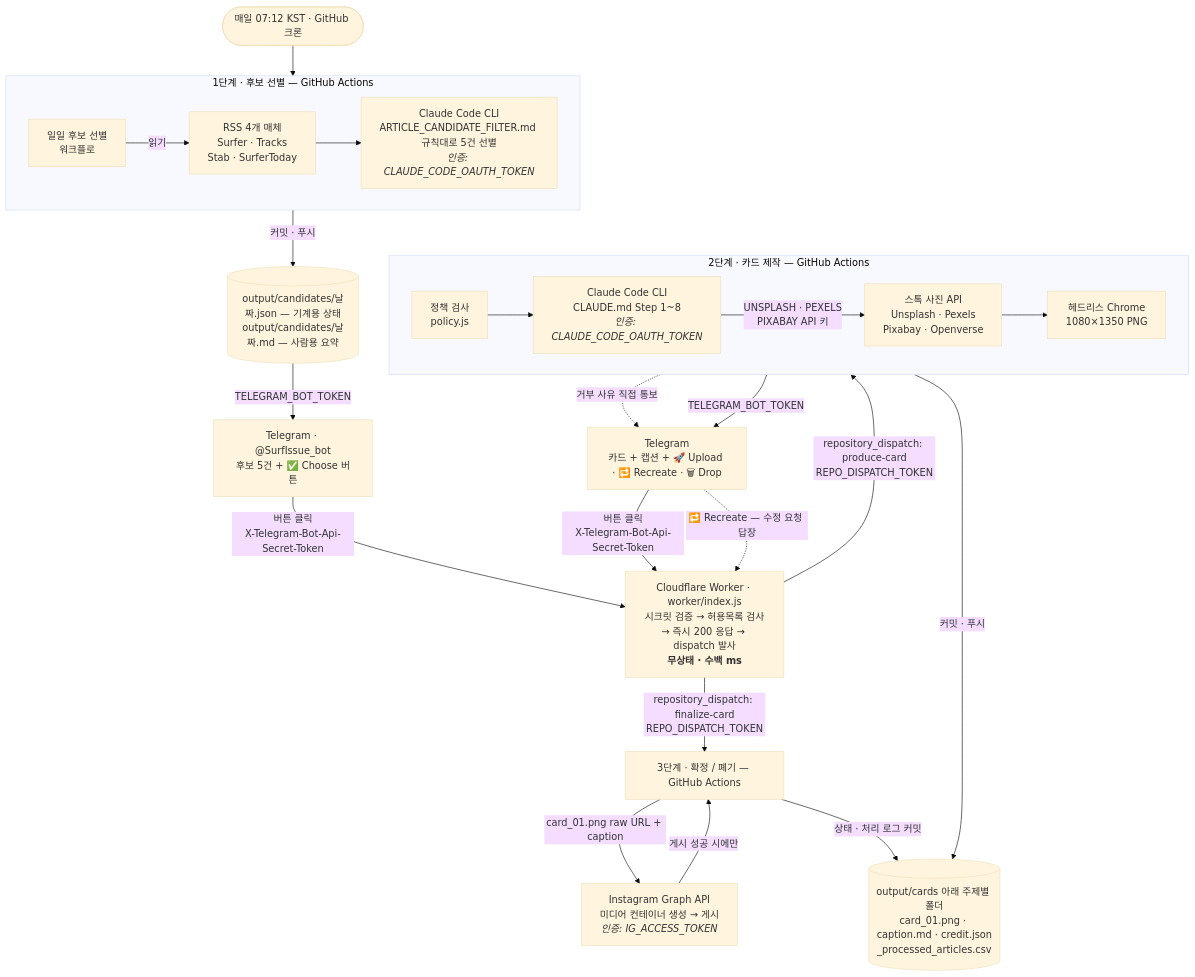
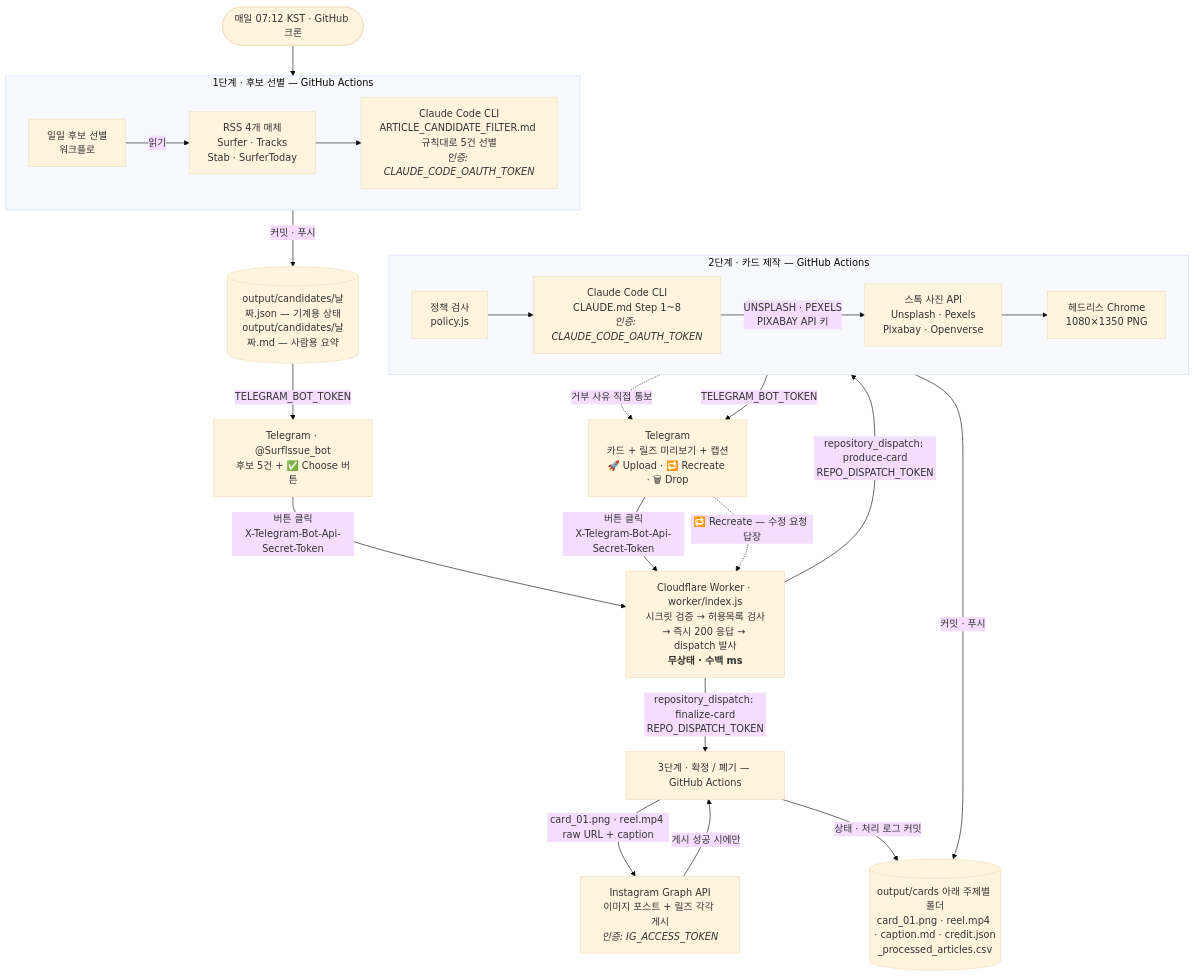
One commit to myoungah-kim/cardnews-surfing-magazine changed the first of 5 diagrams in ARCHITECTURE.md. Above: the diagram before and after it, drawn with Mermaid (base theme). The commit also changed other lines of this file and 14 other files, not shown here.

First line of the commit message:
feat: Upload 시 이미지 포스트와 15초 릴즈를 함께 게시

````diff
--- a/ARCHITECTURE.md
+++ b/ARCHITECTURE.md
@@ -13,52 +13,52 @@
 ```mermaid
 flowchart TB
     CRON(["매일 07:12 KST · GitHub 크론"])
 
     subgraph S1["1단계 · 후보 선별 — GitHub Actions"]
         direction LR
         SEL["일일 후보 선별<br/>워크플로"]
         RSS["RSS 4개 매체<br/>Surfer · Tracks<br/>Stab · SurferToday"]
         CC1["Claude Code CLI<br/>ARTICLE_CANDIDATE_FILTER.md 규칙대로 5건 선별<br/><i>인증: CLAUDE_CODE_OAUTH_TOKEN</i>"]
         SEL -->|"읽기"| RSS
         RSS --> CC1
     end
 
     STATE[("output/candidates/날짜.json — 기계용 상태<br/>output/candidates/날짜.md — 사람용 요약")]
 
     TG1["Telegram · @SurfIssue_bot<br/>후보 5건 + ✅ Choose 버튼"]
 
     WK["Cloudflare Worker · worker/index.js<br/>시크릿 검증 → 허용목록 검사<br/>→ 즉시 200 응답 → dispatch 발사<br/><b>무상태 · 수백 ms</b>"]
 
     subgraph S2["2단계 · 카드 제작 — GitHub Actions"]
         direction LR
         PREP["정책 검사<br/>policy.js"]
         CC2["Claude Code CLI<br/>CLAUDE.md Step 1~8<br/><i>인증: CLAUDE_CODE_OAUTH_TOKEN</i>"]
         STOCK["스톡 사진 API<br/>Unsplash · Pexels<br/>Pixabay · Openverse"]
         CHR["헤드리스 Chrome<br/>1080×1350 PNG"]
         PREP --> CC2
         CC2 -->|"UNSPLASH · PEXELS<br/>PIXABAY API 키"| STOCK
         STOCK --> CHR
     end
 
-    TG2["Telegram<br/>카드 + 캡션 + 🚀 Upload · 🔁 Recreate · 🗑 Drop"]
+    TG2["Telegram<br/>카드 + 릴즈 미리보기 + 캡션<br/>🚀 Upload · 🔁 Recreate · 🗑 Drop"]
 
     FIN["3단계 · 확정 / 폐기 — GitHub Actions"]
-    IG["Instagram Graph API<br/>미디어 컨테이너 생성 → 게시<br/><i>인증: IG_ACCESS_TOKEN</i>"]
+    IG["Instagram Graph API<br/>이미지 포스트 + 릴즈 각각 게시<br/><i>인증: IG_ACCESS_TOKEN</i>"]
 
-    ARCH[("output/cards 아래 주제별 폴더<br/>card_01.png · caption.md · credit.json<br/>_processed_articles.csv")]
+    ARCH[("output/cards 아래 주제별 폴더<br/>card_01.png · reel.mp4 · caption.md · credit.json<br/>_processed_articles.csv")]
 
     CRON --> SEL
     CC1 -->|"커밋 · 푸시"| STATE
     STATE -->|"TELEGRAM_BOT_TOKEN"| TG1
     TG1 -->|"버튼 클릭<br/>X-Telegram-Bot-Api-Secret-Token"| WK
     WK -->|"repository_dispatch: produce-card<br/>REPO_DISPATCH_TOKEN"| PREP
     PREP -.->|"거부 사유 직접 통보"| TG2
     CHR -->|"커밋 · 푸시"| ARCH
     CHR -->|"TELEGRAM_BOT_TOKEN"| TG2
     TG2 -->|"버튼 클릭<br/>X-Telegram-Bot-Api-Secret-Token"| WK
     WK -->|"repository_dispatch: finalize-card<br/>REPO_DISPATCH_TOKEN"| FIN
-    FIN -->|"card_01.png raw URL + caption"| IG
+    FIN -->|"card_01.png · reel.mp4 raw URL + caption"| IG
     IG -->|"게시 성공 시에만"| FIN
     FIN -->|"상태 · 처리 로그 커밋"| ARCH
     TG2 -.->|"🔁 Recreate — 수정 요청 답장"| WK
 ```
````
